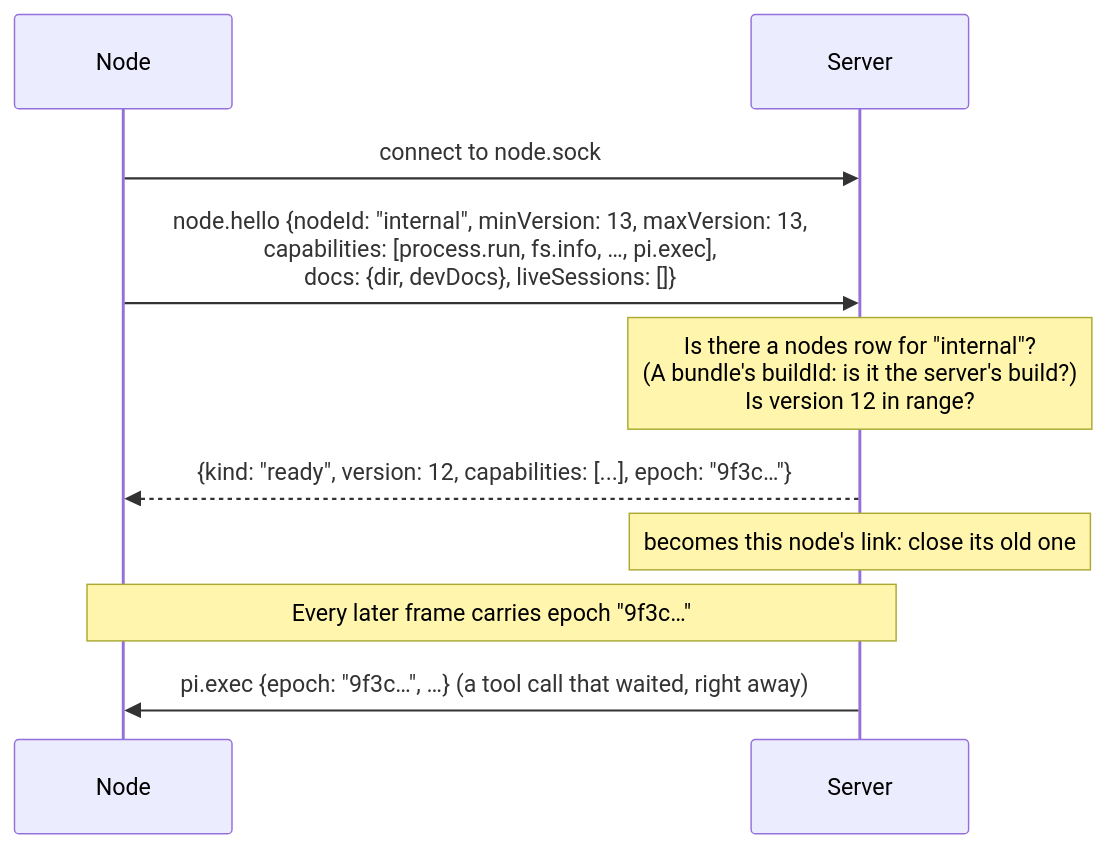
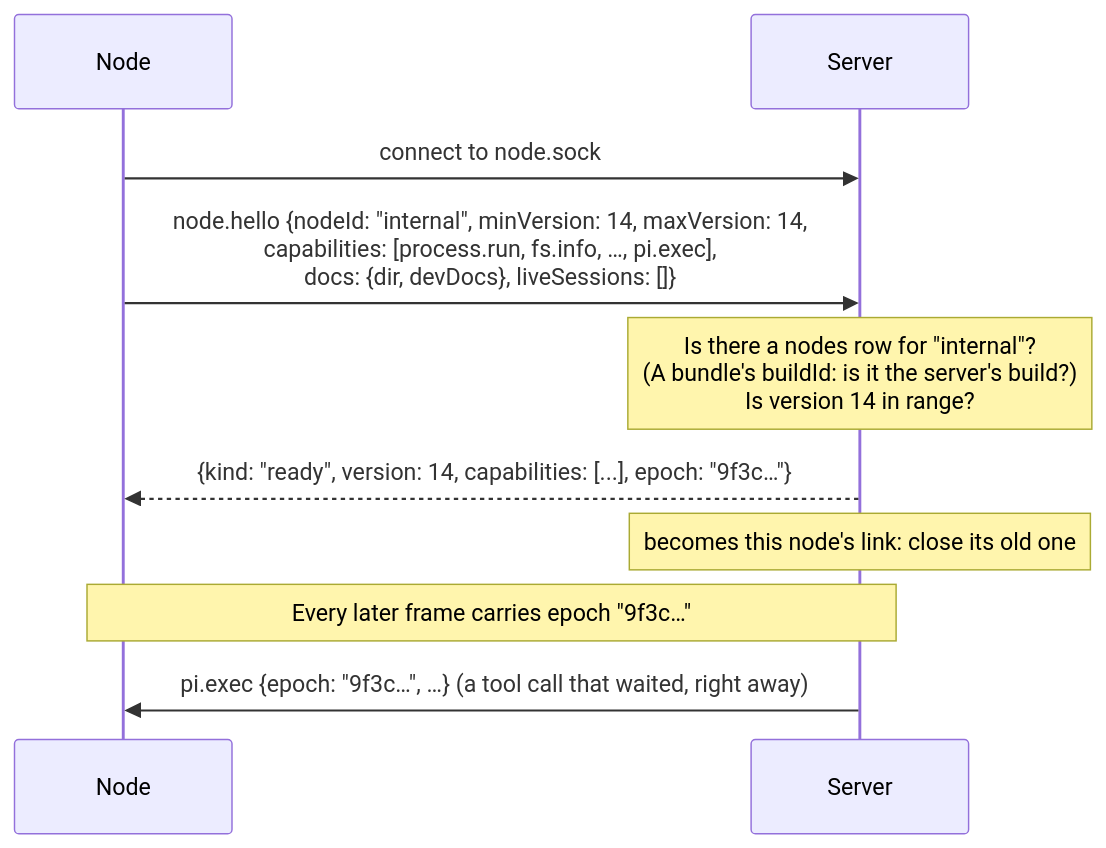
One commit to willtcarey/reins changed the fourth of 9 diagrams in docs/dev/node-transport.md. Above: the diagram before and after it, drawn with Mermaid. The commit also changed other lines of this file and 19 other files, not shown here.

````diff
--- a/docs/dev/node-transport.md
+++ b/docs/dev/node-transport.md
@@ -269,12 +269,12 @@
 ```mermaid
 sequenceDiagram
     participant N as Node
     participant S as Server
     N->>S: connect to node.sock
-    N->>S: node.hello {nodeId: "internal", minVersion: 13, maxVersion: 13,<br/>capabilities: [process.run, fs.info, …, pi.exec],<br/>docs: {dir, devDocs}, liveSessions: []}
-    Note over S: Is there a nodes row for "internal"?<br/>(A bundle's buildId: is it the server's build?)<br/>Is version 12 in range?
-    S-->>N: {kind: "ready", version: 12, capabilities: [...], epoch: "9f3c…"}
+    N->>S: node.hello {nodeId: "internal", minVersion: 14, maxVersion: 14,<br/>capabilities: [process.run, fs.info, …, pi.exec],<br/>docs: {dir, devDocs}, liveSessions: []}
+    Note over S: Is there a nodes row for "internal"?<br/>(A bundle's buildId: is it the server's build?)<br/>Is version 14 in range?
+    S-->>N: {kind: "ready", version: 14, capabilities: [...], epoch: "9f3c…"}
     Note over S: becomes this node's link: close its old one
     Note over N,S: Every later frame carries epoch "9f3c…"
     S->>N: pi.exec {epoch: "9f3c…", …} (a tool call that waited, right away)
 ```
````
